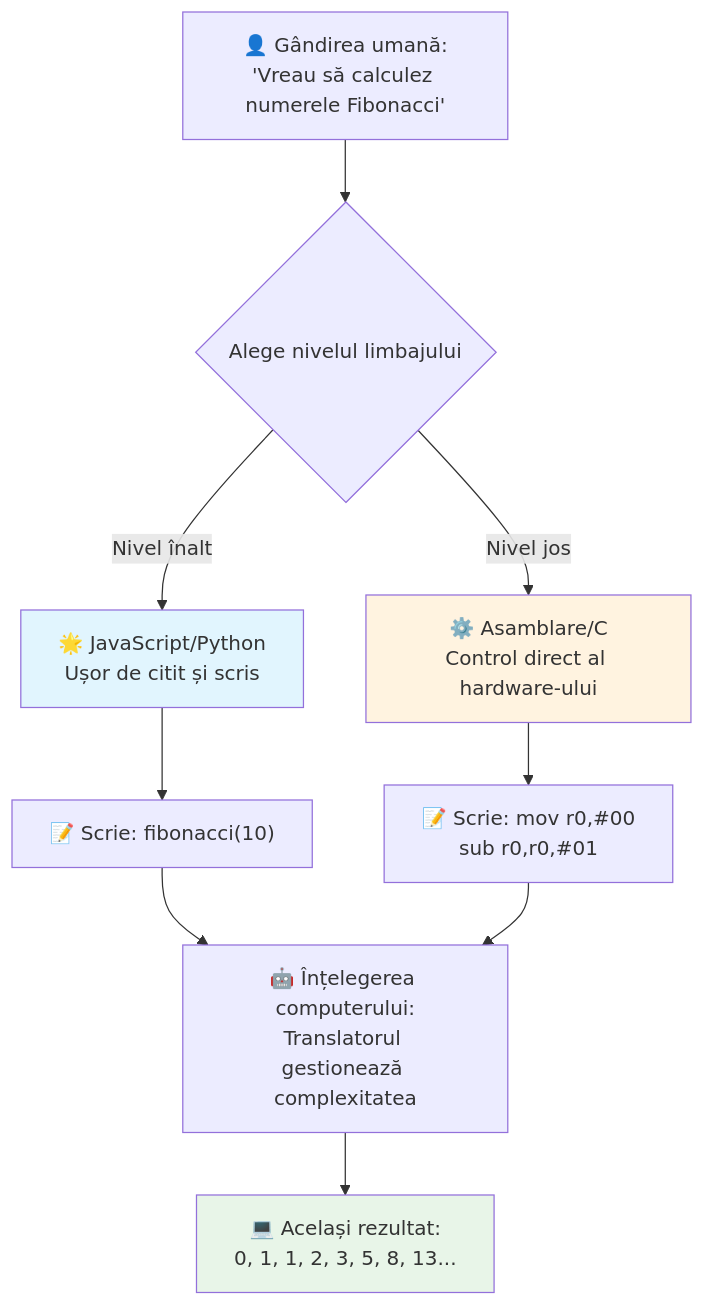
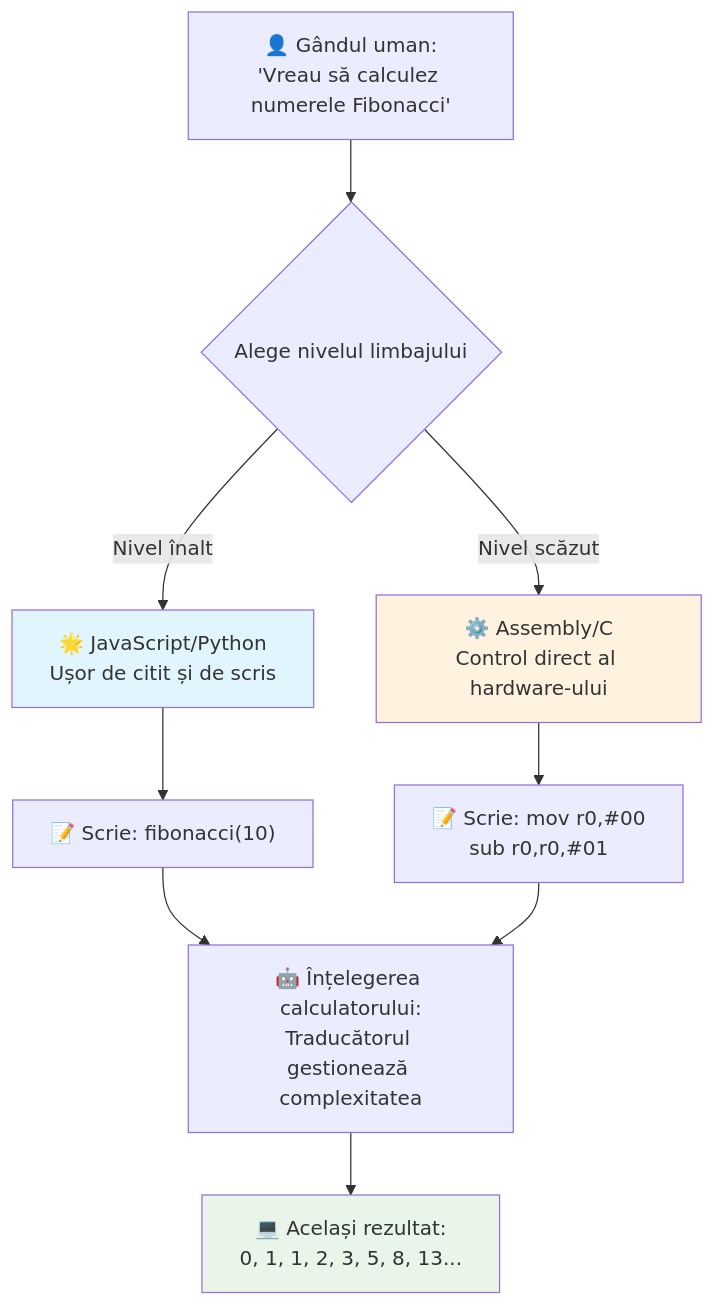
Before and after one commit to microsoft/Web-Dev-For-Beginners: the third of 7 diagrams in translations/ro/1-getting-started-lessons/1-intro-to-programming-languages/README.md, drawn with Mermaid. The commit also changed other lines of this file and 8 other files, not shown here.

````diff
--- a/translations/ro/1-getting-started-lessons/1-intro-to-programming-languages/README.md
+++ b/translations/ro/1-getting-started-lessons/1-intro-to-programming-languages/README.md
@@ -148,19 +148,19 @@
 ```mermaid
 flowchart TB
-    A["👤 Gândirea umană:<br/>'Vreau să calculez numerele Fibonacci'"] --> B{Alege nivelul limbajului}
+    A["👤 Gândul uman:<br/>'Vreau să calculez numerele Fibonacci'"] --> B{Alege nivelul limbajului}
     
-    B -->|Nivel înalt| C["🌟 JavaScript/Python<br/>Ușor de citit și scris"]
-    B -->|Nivel jos| D["⚙️ Asamblare/C<br/>Control direct al hardware-ului"]
+    B -->|Nivel înalt| C["🌟 JavaScript/Python<br/>Ușor de citit și de scris"]
+    B -->|Nivel scăzut| D["⚙️ Assembly/C<br/>Control direct al hardware-ului"]
     
     C --> E["📝 Scrie: fibonacci(10)"]
     D --> F["📝 Scrie: mov r0,#00<br/>sub r0,r0,#01"]
     
-    E --> G["🤖 Înțelegerea computerului:<br/>Translatorul gestionează complexitatea"]
+    E --> G["🤖 Înțelegerea calculatorului:<br/>Traducătorul gestionează complexitatea"]
     F --> G
     
     G --> H["💻 Același rezultat:<br/>0, 1, 1, 2, 3, 5, 8, 13..."]
     
     style C fill:#e1f5fe
     style D fill:#fff3e0
     style H fill:#e8f5e8
 ```
````
